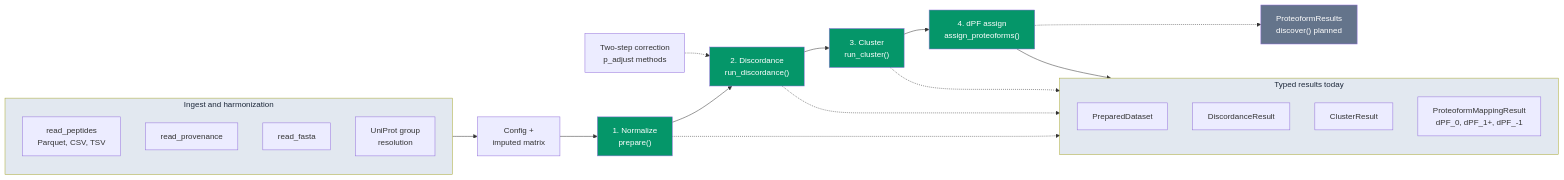
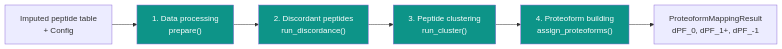
One commit to eneskemalergin/ProteoForge changed the diagram in README.md. Above: the diagram before and after it, drawn with Mermaid. The commit also changed other lines of this file and 4 other files, not shown here.

````diff
--- a/README.md
+++ b/README.md
@@ -37,45 +46,13 @@
 ```mermaid
 flowchart LR
-  subgraph ingest ["Ingest and harmonization"]
-    direction TB
-    i1["read_peptides\nParquet, CSV, TSV"]
-    i2["read_provenance"]
-    i3["read_fasta"]
-    i4["UniProt group\nresolution"]
-  end
+  IN["Imputed peptide table<br/>+ Config"] --> N["1. Data processing<br/>prepare()"]
+  N --> D["2. Discordant peptides<br/>run_discordance()"]
+  D --> C["3. Peptide clustering<br/>run_cluster()"]
+  C --> P["4. Proteoform building<br/>assign_proteoforms()"]
+  P --> R["ProteoformMappingResult<br/>dPF_0, dPF_1+, dPF_-1"]
 
-  IN["Config +\nimputed matrix"]
-  N["1. Normalize\nprepare()"]
-  D["2. Discordance\nrun_discordance()"]
-  C["3. Cluster\nrun_cluster()"]
-  P["4. dPF assign\nassign_proteoforms()"]
-
-  subgraph results ["Typed results today"]
-    direction TB
-    r1["PreparedDataset"]
-    r2["DiscordanceResult"]
-    r3["ClusterResult"]
-    r4["ProteoformMappingResult\ndPF_0, dPF_1+, dPF_-1"]
-  end
-
-  PR["ProteoformResults\ndiscover() planned"]
-
-  CORR["Two-step correction\np_adjust methods"]
-
-  ingest --> IN
-  IN --> N --> D --> C --> P
-  N -.-> r1
-  D -.-> r2
-  C -.-> r3
-  P --> r4
-  P -.-> PR
-  CORR -.-> D
-
-  style N fill:#059669,color:#fff
-  style D fill:#059669,color:#fff
-  style C fill:#059669,color:#fff
-  style P fill:#059669,color:#fff
-  style PR fill:#64748b,color:#fff
-  style ingest fill:#e2e8f0,color:#1e293b
-  style results fill:#e2e8f0,color:#1e293b
+  style N fill:#0D9488,color:#fff
+  style D fill:#0D9488,color:#fff
+  style C fill:#0D9488,color:#fff
+  style P fill:#0D9488,color:#fff
 ```
````
